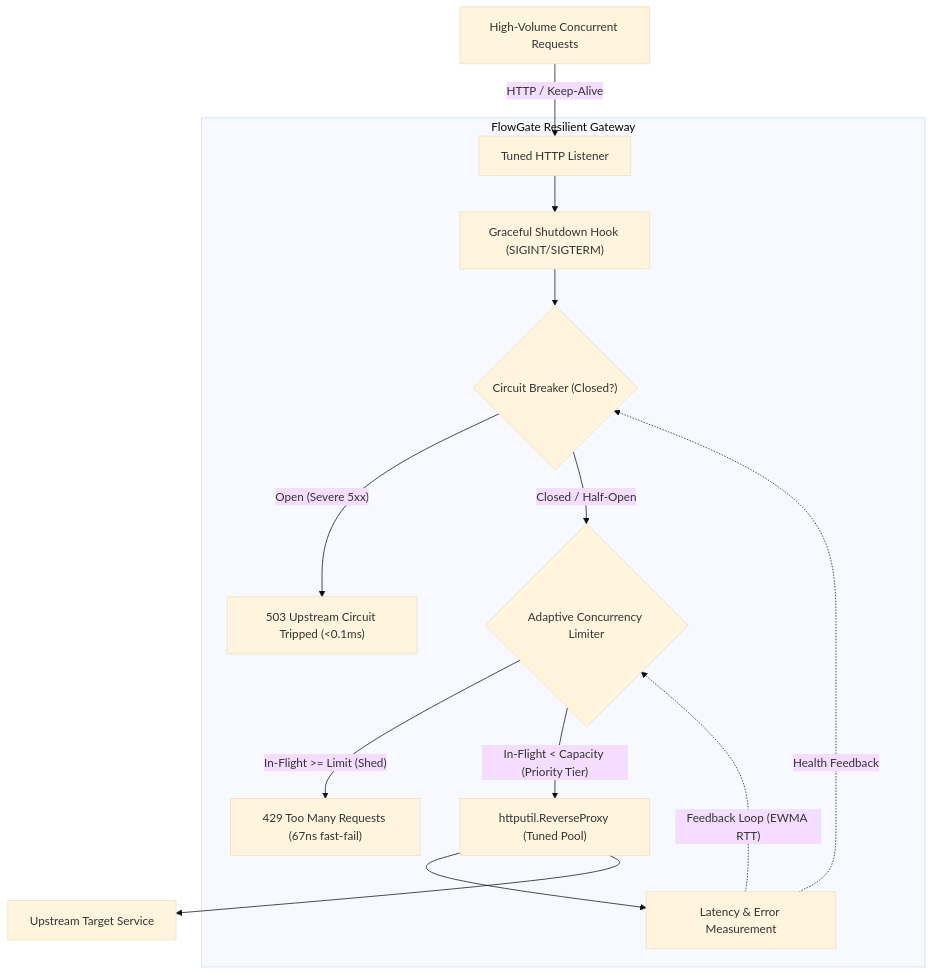
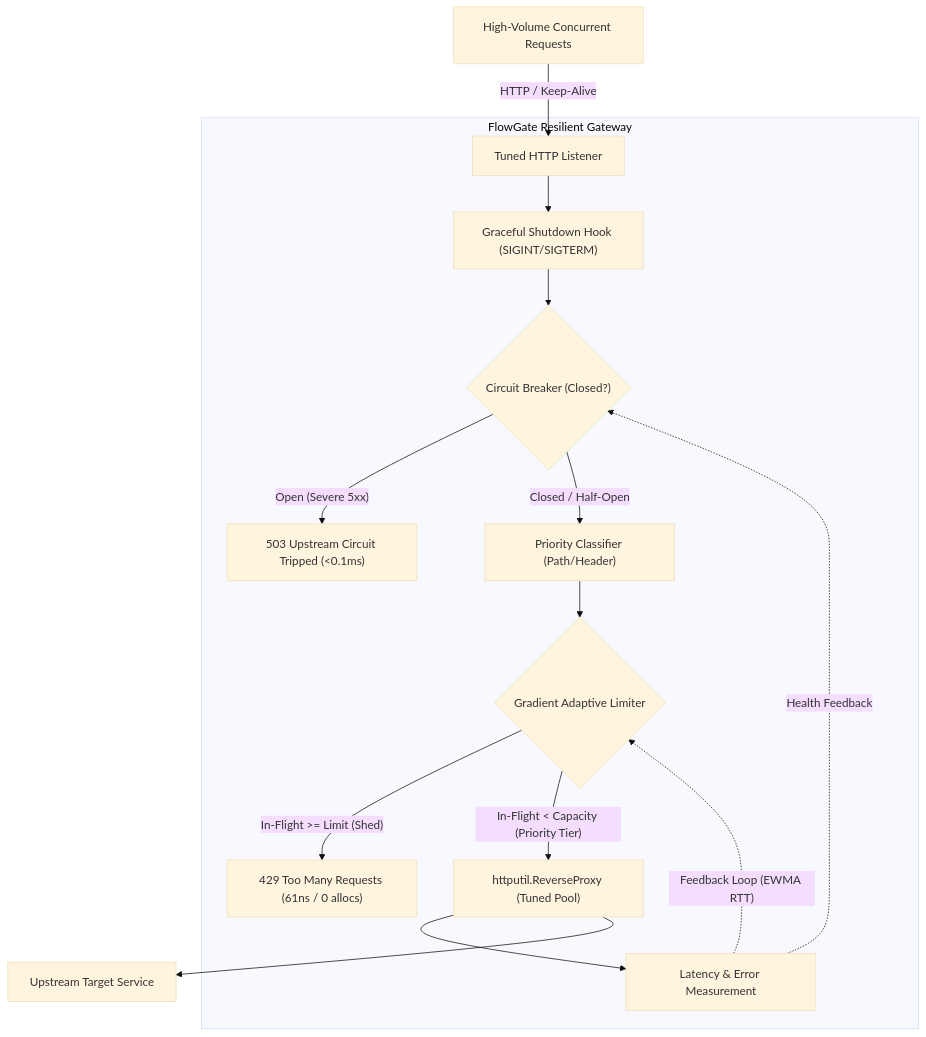
One commit to No-man1234/FlowGate changed the diagram in README.md. Above: the diagram before and after it, drawn with Mermaid (base theme). The commit also changed other lines of this file and 1 other file, not shown here.

````diff
--- a/README.md
+++ b/README.md
@@ -21,21 +48,23 @@
 ```mermaid
 flowchart TD
     Clients["High-Volume Concurrent Requests"] -->|HTTP / Keep-Alive| Listener["Tuned HTTP Listener"]
     
     subgraph FlowGate ["FlowGate Resilient Gateway"]
         Listener --> Graceful["Graceful Shutdown Hook (SIGINT/SIGTERM)"]
         Graceful --> Breaker{"Circuit Breaker (Closed?)"}
         
         Breaker -->|"Open (Severe 5xx)"| Fast503["503 Upstream Circuit Tripped (<0.1ms)"]
-        Breaker -->|"Closed / Half-Open"| Limiter{"Adaptive Concurrency Limiter"}
+        Breaker -->|"Closed / Half-Open"| Classifier["Priority Classifier (Path/Header)"]
         
-        Limiter -->|"In-Flight >= Limit (Shed)"| Fast429["429 Too Many Requests (67ns fast-fail)"]
+        Classifier --> Limiter{"Gradient Adaptive Limiter"}
+        
+        Limiter -->|"In-Flight >= Limit (Shed)"| Fast429["429 Too Many Requests (61ns / 0 allocs)"]
         Limiter -->|"In-Flight < Capacity (Priority Tier)"| Proxy["httputil.ReverseProxy (Tuned Pool)"]
         
         Proxy --> LatencyProbe["Latency & Error Measurement"]
         LatencyProbe -.->|"Feedback Loop (EWMA RTT)"| Limiter
         LatencyProbe -.->|"Health Feedback"| Breaker
     end
     
     Proxy --> Upstream["Upstream Target Service"]
 ```
````
